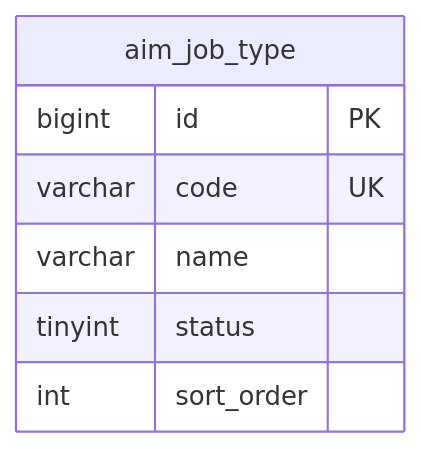
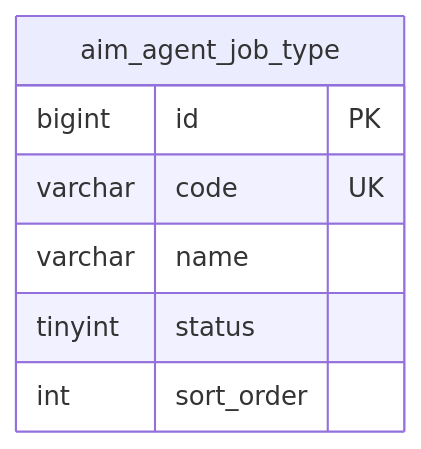
Before and after one commit to links1994/aim-coding: the diagram in .qoder/repowiki/schemas/mall-agent/_service-overview.md, drawn with Mermaid. The commit also changed other lines of this file and 23 other files, not shown here.

````diff
--- a/.qoder/repowiki/schemas/mall-agent/_service-overview.md
+++ b/.qoder/repowiki/schemas/mall-agent/_service-overview.md
@@ -23,10 +23,10 @@
 ```mermaid
 erDiagram
-    aim_job_type {
+    aim_agent_job_type {
         bigint id PK
         varchar code UK
         varchar name
         tinyint status
         int sort_order
     }
 ```
````
